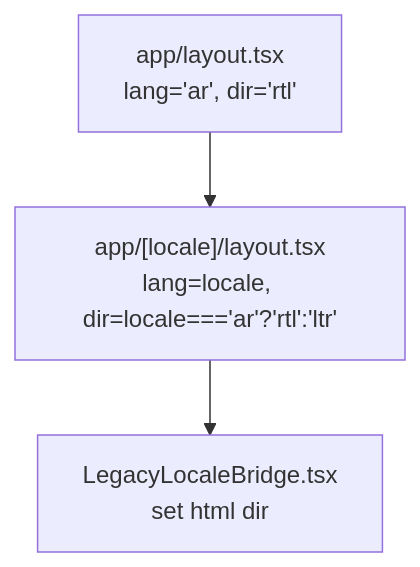
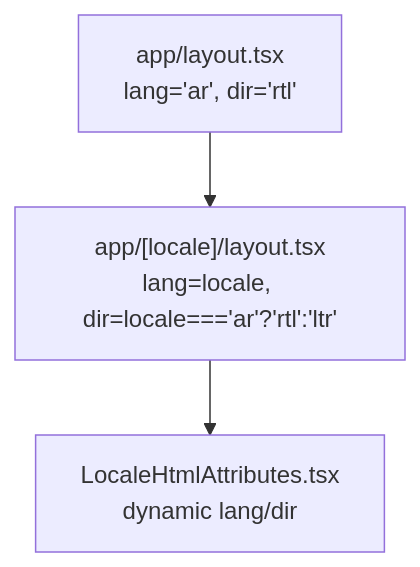
One commit to mustafaalkusaj/appschoolmustafa2002 changed the tenth of 12 diagrams in .qoder/repowiki/en/content/Internationalization.md. Above: the diagram before and after it, drawn with Mermaid. The commit also changed other lines of this file and 8 other files, not shown here.

````diff
--- a/.qoder/repowiki/en/content/Internationalization.md
+++ b/.qoder/repowiki/en/content/Internationalization.md
@@ -312,5 +326,5 @@
 ```mermaid
 graph TB
 Root["app/layout.tsx<br/>lang='ar', dir='rtl'"] --> Locale["app/[locale]/layout.tsx<br/>lang=locale, dir=locale==='ar'?'rtl':'ltr'"]
-Locale --> Bridge["LegacyLocaleBridge.tsx<br/>set html dir"]
+Locale --> HtmlAttrs["LocaleHtmlAttributes.tsx<br/>dynamic lang/dir"]
 ```
````
